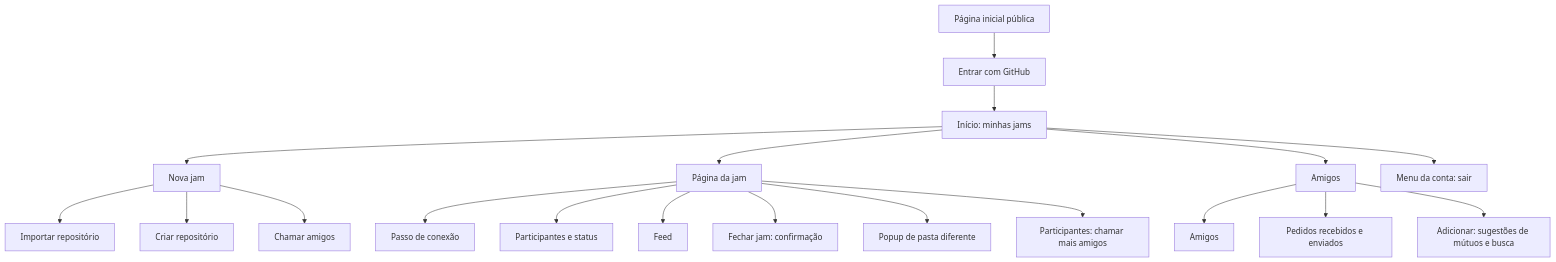
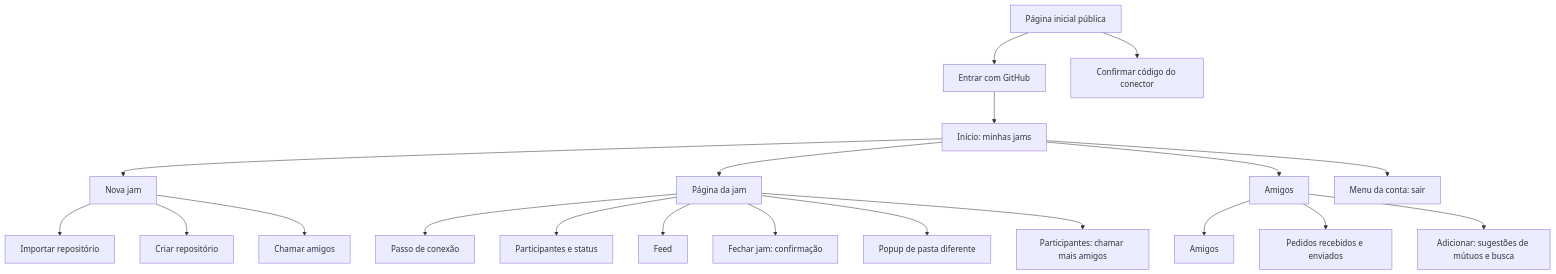
The first of 9 diagrams in docs/front-end-spec.md (LucasOlvrAndrade/coodevelopment), drawn with Mermaid before and after one commit. The commit also changed other lines of this file and 3 other files, not shown here.

````diff
--- a/docs/front-end-spec.md
+++ b/docs/front-end-spec.md
@@ -66,21 +67,22 @@
 ```mermaid
 graph TD
     A[Página inicial pública] --> B[Entrar com GitHub]
     B --> C[Início: minhas jams]
     C --> D[Nova jam]
     D --> D1[Importar repositório]
     D --> D2[Criar repositório]
     D --> D3[Chamar amigos]
     C --> E[Página da jam]
     E --> E1[Passo de conexão]
     E --> E2[Participantes e status]
     E --> E3[Feed]
     E --> E4[Fechar jam: confirmação]
     E --> E5[Popup de pasta diferente]
     E --> E6[Participantes: chamar mais amigos]
+    A --> H[Confirmar código do conector]
     C --> F[Amigos]
     F --> F1[Amigos]
     F --> F2[Pedidos recebidos e enviados]
     F --> F3[Adicionar: sugestões de mútuos e busca]
     C --> G[Menu da conta: sair]
 ```
````
